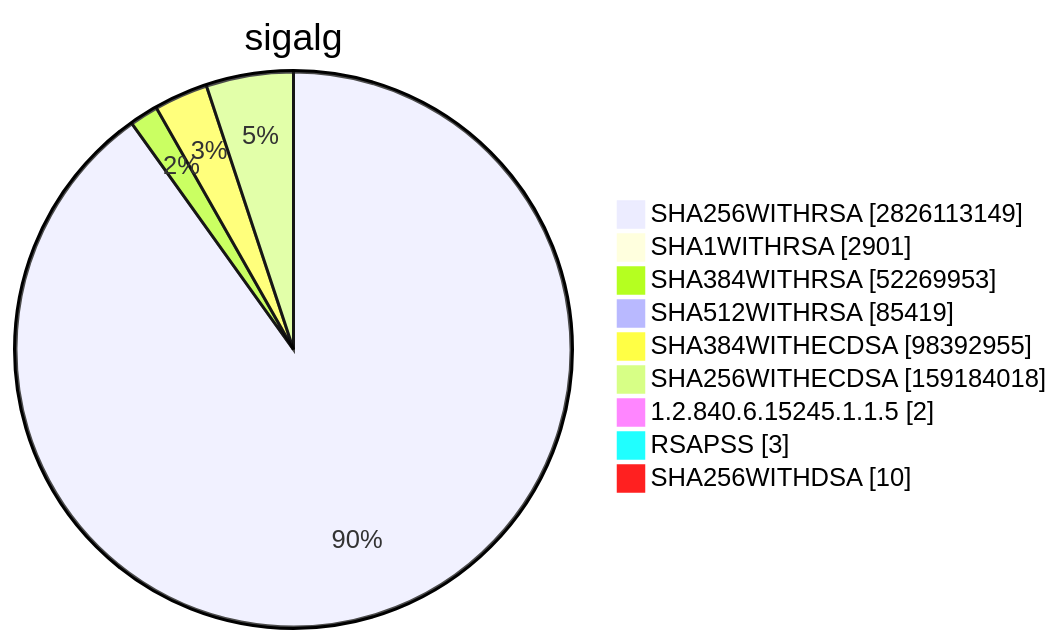
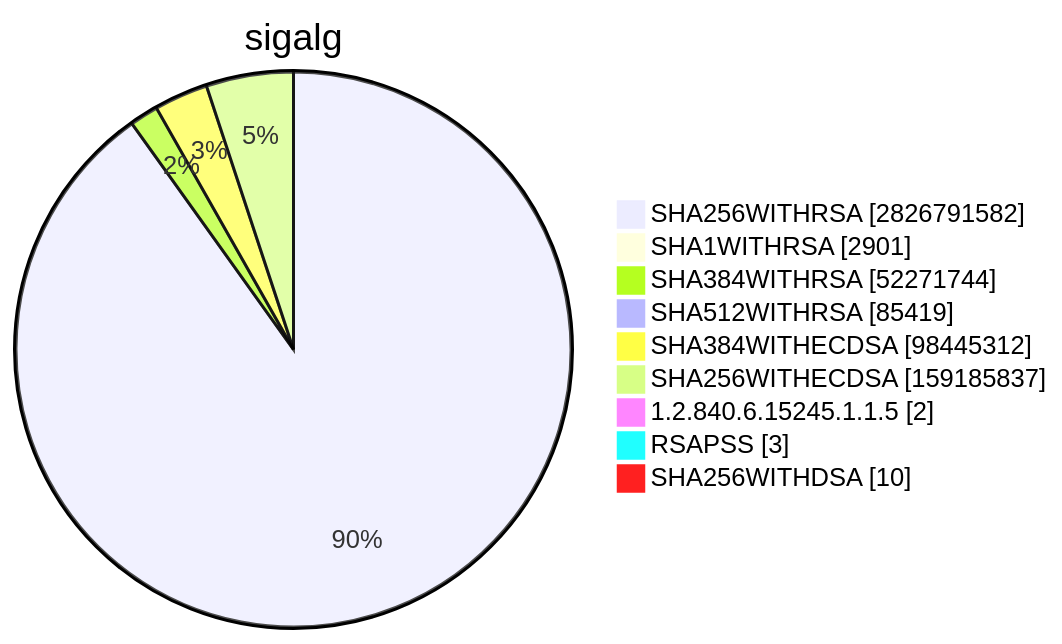
Diagram 15 of 15 in TOTAL/README.md (christiankrug/ctmonitor_visualization), drawn with Mermaid before and after one commit. The commit also changed other lines of this file, not shown here.

````diff
--- a/TOTAL/README.md
+++ b/TOTAL/README.md
@@ -6205,13 +6205,13 @@
 ```mermaid
 pie showData
 title sigalg
-"SHA256WITHRSA" :2826113149
+"SHA256WITHRSA" :2826791582
 "SHA1WITHRSA" :2901
-"SHA384WITHRSA" :52269953
+"SHA384WITHRSA" :52271744
 "SHA512WITHRSA" :85419
-"SHA384WITHECDSA" :98392955
-"SHA256WITHECDSA" :159184018
+"SHA384WITHECDSA" :98445312
+"SHA256WITHECDSA" :159185837
 "1.2.840.6.15245.1.1.5" :2
 "RSAPSS" :3
 "SHA256WITHDSA" :10
 ```
````
